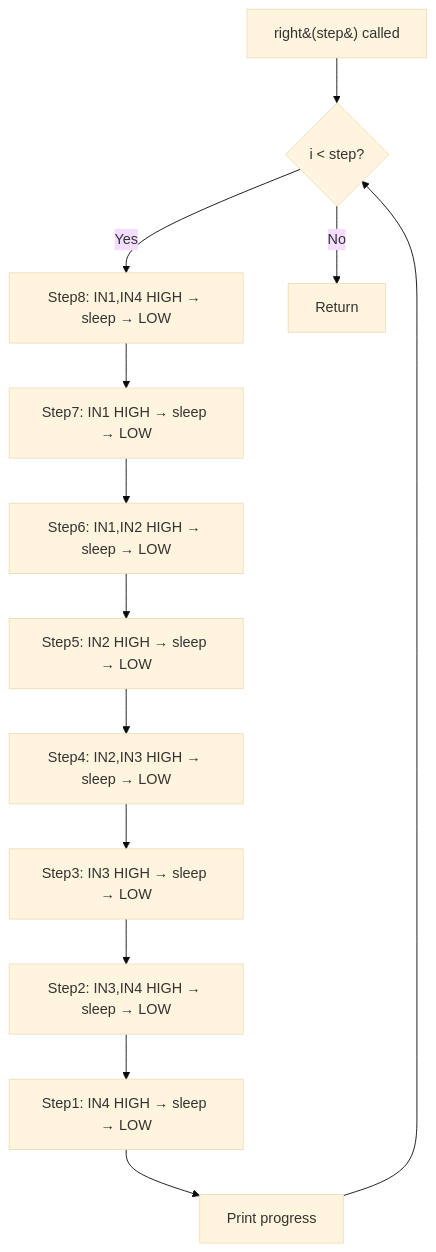
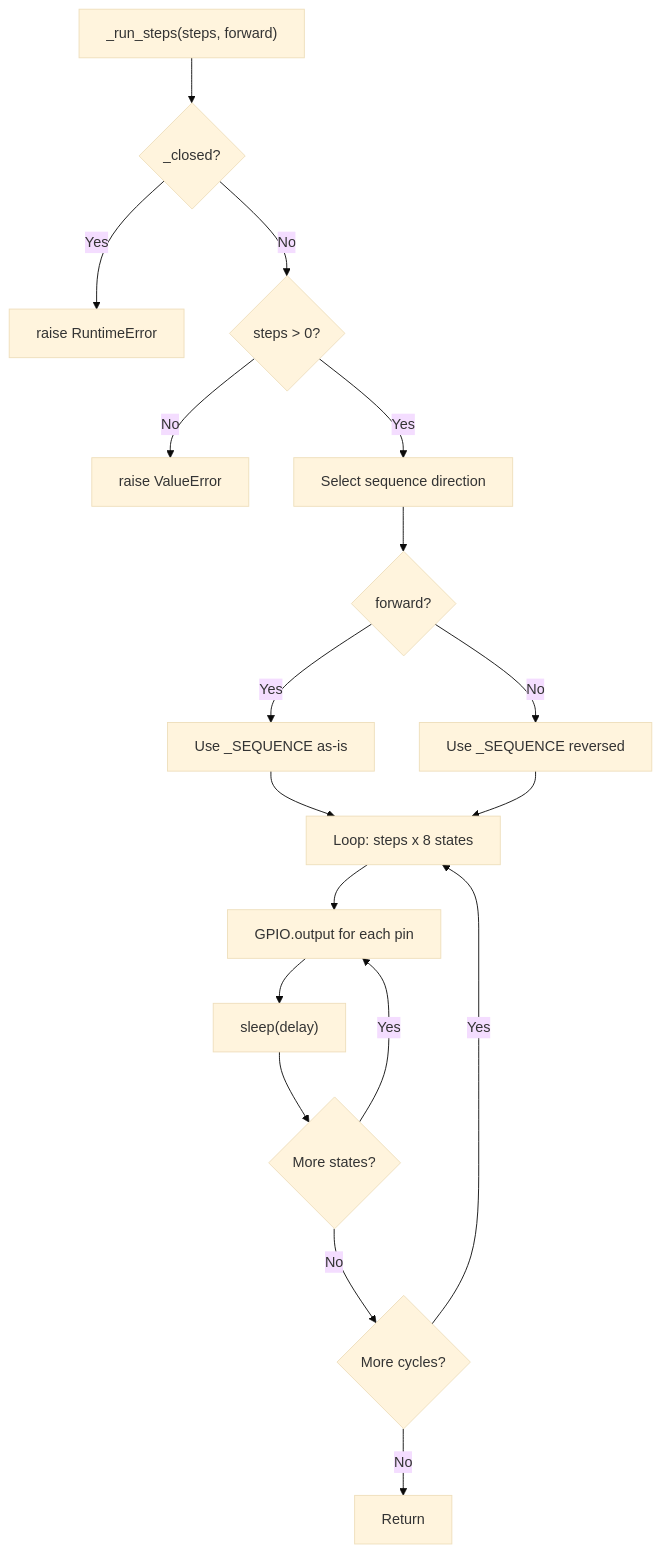
Before and after one commit to frankenwino/step_motor_28byj_48: the second of 7 diagrams in .agents/summary/workflows.md, drawn with Mermaid (base theme). The commit also changed other lines of this file and 8 other files, not shown here.

````diff
--- a/.agents/summary/workflows.md
+++ b/.agents/summary/workflows.md
@@ -27,15 +25,20 @@
 ```mermaid
 flowchart TD
-    A[right&#40;step&#41; called] --> B{i < step?}
-    B -->|Yes| C[Step8: IN1,IN4 HIGH → sleep → LOW]
-    C --> D[Step7: IN1 HIGH → sleep → LOW]
-    D --> E[Step6: IN1,IN2 HIGH → sleep → LOW]
-    E --> F[Step5: IN2 HIGH → sleep → LOW]
-    F --> G[Step4: IN2,IN3 HIGH → sleep → LOW]
-    G --> H[Step3: IN3 HIGH → sleep → LOW]
-    H --> I[Step2: IN3,IN4 HIGH → sleep → LOW]
-    I --> J[Step1: IN4 HIGH → sleep → LOW]
-    J --> K[Print progress]
-    K --> B
-    B -->|No| L[Return]
+    A["_run_steps(steps, forward)"] --> B{_closed?}
+    B -->|Yes| C[raise RuntimeError]
+    B -->|No| D{steps > 0?}
+    D -->|No| E[raise ValueError]
+    D -->|Yes| F[Select sequence direction]
+    F --> G{forward?}
+    G -->|Yes| H[Use _SEQUENCE as-is]
+    G -->|No| I[Use _SEQUENCE reversed]
+    H --> J[Loop: steps x 8 states]
+    I --> J
+    J --> K[GPIO.output for each pin]
+    K --> L["sleep(delay)"]
+    L --> M{More states?}
+    M -->|Yes| K
+    M -->|No| N{More cycles?}
+    N -->|Yes| J
+    N -->|No| O[Return]
 ```
````
